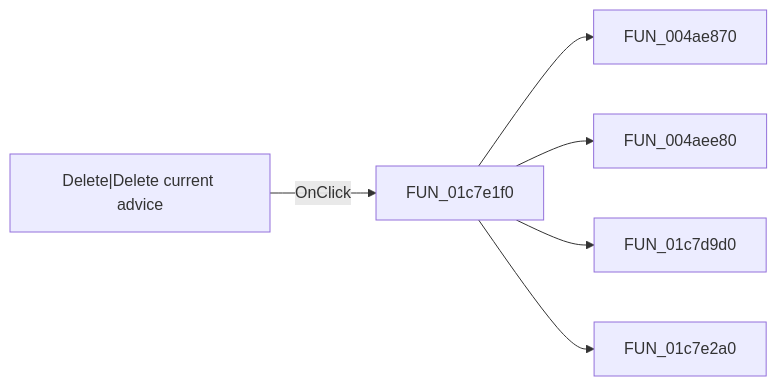
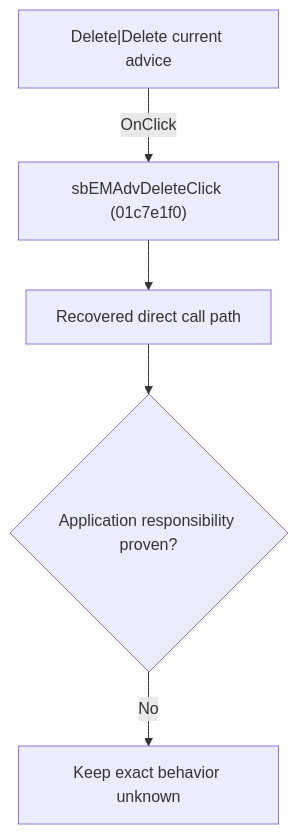
The diagram in docs/ui-controls/schematiceditor/sbemadvdelete-6cb75fd428.md (MovGP0/TIARA), drawn with Mermaid before and after one commit. The commit also changed other lines of this file and 1062 other files, not shown here.

````diff
--- a/docs/ui-controls/schematiceditor/sbemadvdelete-6cb75fd428.md
+++ b/docs/ui-controls/schematiceditor/sbemadvdelete-6cb75fd428.md
@@ -27,8 +27,7 @@
 ```mermaid
-flowchart LR
-    control["Delete|Delete current advice"] -->|OnClick| handler["FUN_01c7e1f0"]
-    handler --> call1["FUN_004ae870"]
-    handler --> call2["FUN_004aee80"]
-    handler --> call3["FUN_01c7d9d0"]
-    handler --> call4["FUN_01c7e2a0"]
+flowchart TD
+    control["Delete|Delete current advice"] -->|"OnClick"| handler["sbEMAdvDeleteClick (01c7e1f0)"]
+    handler --> recovered["Recovered direct call path"]
+    recovered --> gap{"Application responsibility proven?"}
+    gap -->|"No"| blocked["Keep exact behavior unknown"]
 ```
````
